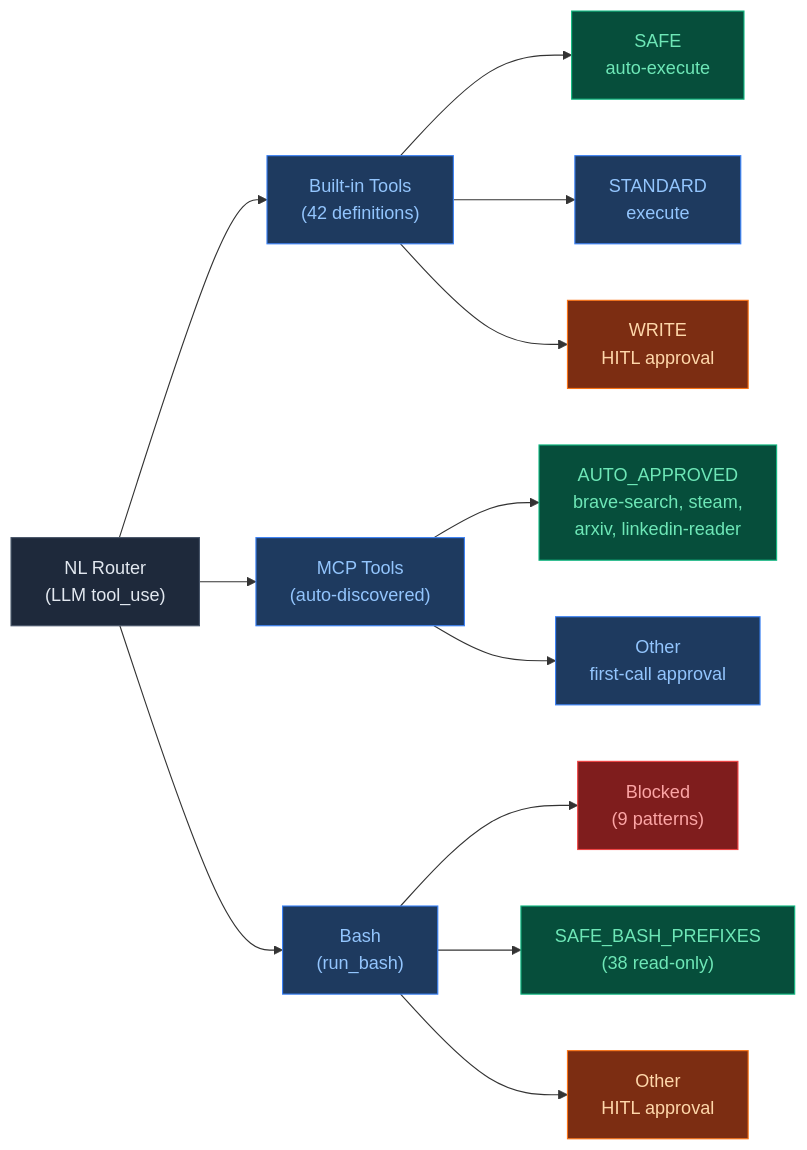
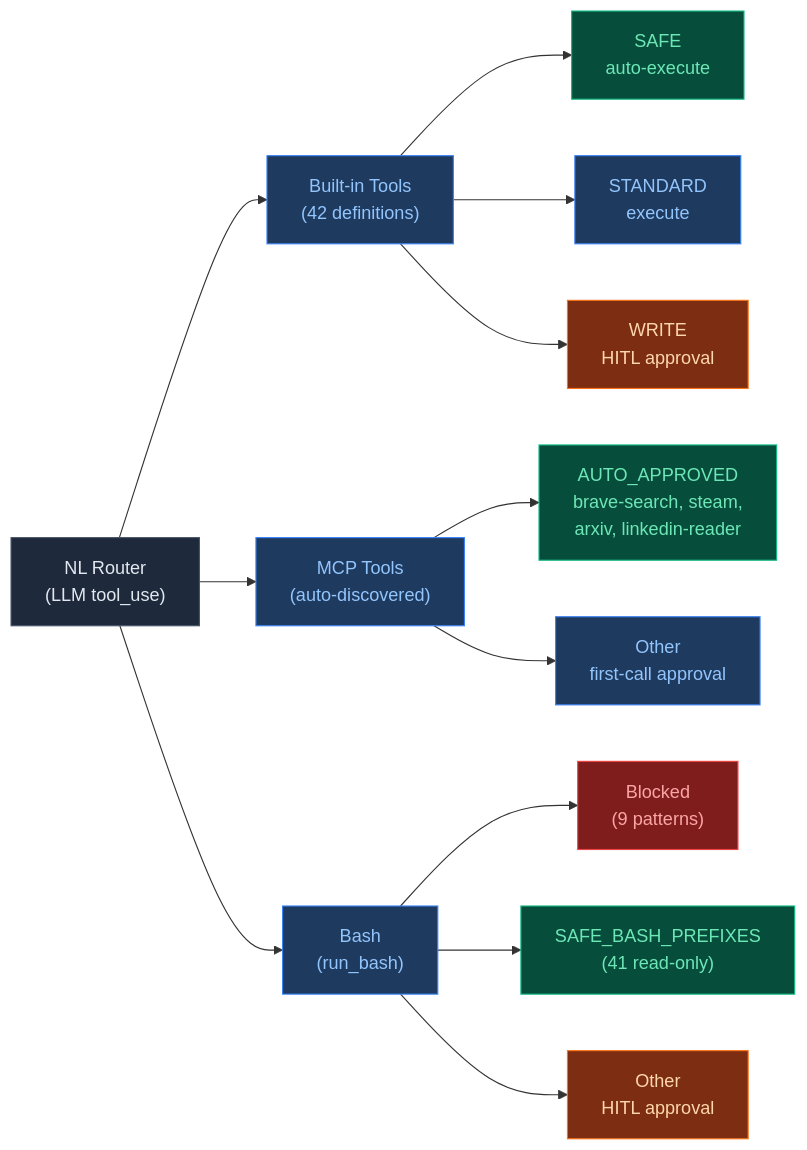
One commit to mangowhoiscloud/geode changed the first of 15 diagrams in README.md. Above: the diagram before and after it, drawn with Mermaid. The commit also changed other lines of this file and 1 other file, not shown here.

````diff
--- a/README.md
+++ b/README.md
@@ -35,32 +35,32 @@
 ```mermaid
 flowchart LR
     NL["NL Router<br/>(LLM tool_use)"]
 
     NL --> Builtin["Built-in Tools<br/>(42 definitions)"]
     NL --> MCP["MCP Tools<br/>(auto-discovered)"]
     NL --> Bash["Bash<br/>(run_bash)"]
 
     Builtin --> S1["SAFE<br/>auto-execute"]
     Builtin --> S2["STANDARD<br/>execute"]
     Builtin --> S3["WRITE<br/>HITL approval"]
 
     MCP --> MA["AUTO_APPROVED<br/>brave-search, steam,<br/>arxiv, linkedin-reader"]
     MCP --> MO["Other<br/>first-call approval"]
 
     Bash --> BBlk["Blocked<br/>(9 patterns)"]
-    Bash --> BSafe["SAFE_BASH_PREFIXES<br/>(38 read-only)"]
+    Bash --> BSafe["SAFE_BASH_PREFIXES<br/>(41 read-only)"]
     Bash --> BHitl["Other<br/>HITL approval"]
 
     style NL fill:#1e293b,stroke:#475569,color:#e2e8f0
     style Builtin fill:#1e3a5f,stroke:#3b82f6,color:#93c5fd
     style MCP fill:#1e3a5f,stroke:#3b82f6,color:#93c5fd
     style Bash fill:#1e3a5f,stroke:#3b82f6,color:#93c5fd
     style S1 fill:#064e3b,stroke:#10b981,color:#6ee7b7
     style S2 fill:#1e3a5f,stroke:#3b82f6,color:#93c5fd
     style S3 fill:#7c2d12,stroke:#f97316,color:#fed7aa
     style MA fill:#064e3b,stroke:#10b981,color:#6ee7b7
     style MO fill:#1e3a5f,stroke:#3b82f6,color:#93c5fd
     style BBlk fill:#7f1d1d,stroke:#ef4444,color:#fca5a5
     style BSafe fill:#064e3b,stroke:#10b981,color:#6ee7b7
     style BHitl fill:#7c2d12,stroke:#f97316,color:#fed7aa
 ```
````
